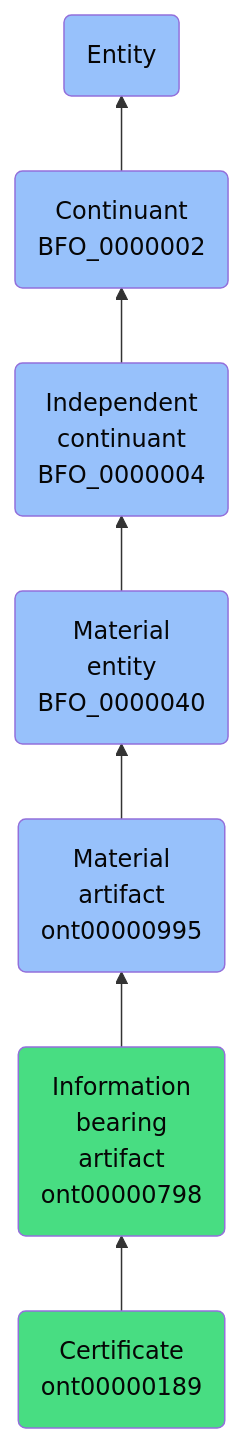
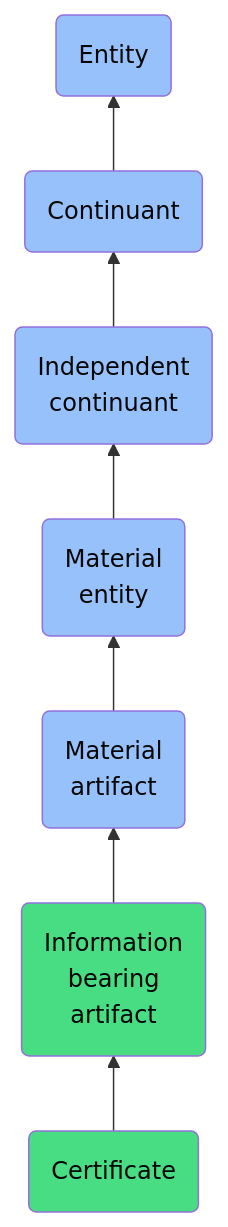
One commit to jupyter-naas/abi changed the diagram in docs/ontology/reference/model/Entity/Continuant/Independent continuant/Material entity/Material artifact/Information bearing artifact/Certificate/Certificate.md. Above: the diagram before and after it, drawn with Mermaid. The commit also changed other lines of this file and 1430 other files, not shown here.

````diff
--- a/docs/ontology/reference/model/Entity/Continuant/Independent continuant/Material entity/Material artifact/Information bearing artifact/Certificate/Certificate.md
+++ b/docs/ontology/reference/model/Entity/Continuant/Independent continuant/Material entity/Material artifact/Information bearing artifact/Certificate/Certificate.md
@@ -24,14 +24,14 @@
 ```mermaid
 graph BT
-    ont00000189(Certificate<br>ont00000189):::ABI-->ont00000798
-    ont00000798(Information<br>bearing<br>artifact<br>ont00000798):::ABI-->ont00000995
-    ont00000995(Material<br>artifact<br>ont00000995):::BFO-->BFO_0000040
-    BFO_0000040(Material<br>entity<br>BFO_0000040):::BFO-->BFO_0000004
-    BFO_0000004(Independent<br>continuant<br>BFO_0000004):::BFO-->BFO_0000002
-    BFO_0000002(Continuant<br>BFO_0000002):::BFO-->BFO_0000001
+    ont00000189(Certificate):::ABI-->ont00000798
+    ont00000798(Information<br>bearing<br>artifact):::ABI-->ont00000995
+    ont00000995(Material<br>artifact):::BFO-->BFO_0000040
+    BFO_0000040(Material<br>entity):::BFO-->BFO_0000004
+    BFO_0000004(Independent<br>continuant):::BFO-->BFO_0000002
+    BFO_0000002(Continuant):::BFO-->BFO_0000001
     BFO_0000001(Entity):::BFO
     
     classDef BFO fill:#97c1fb,color:#060606
     classDef CCO fill:#e4c51e,color:#060606
     classDef ABI fill:#48DD82,color:#060606
 ```
````
